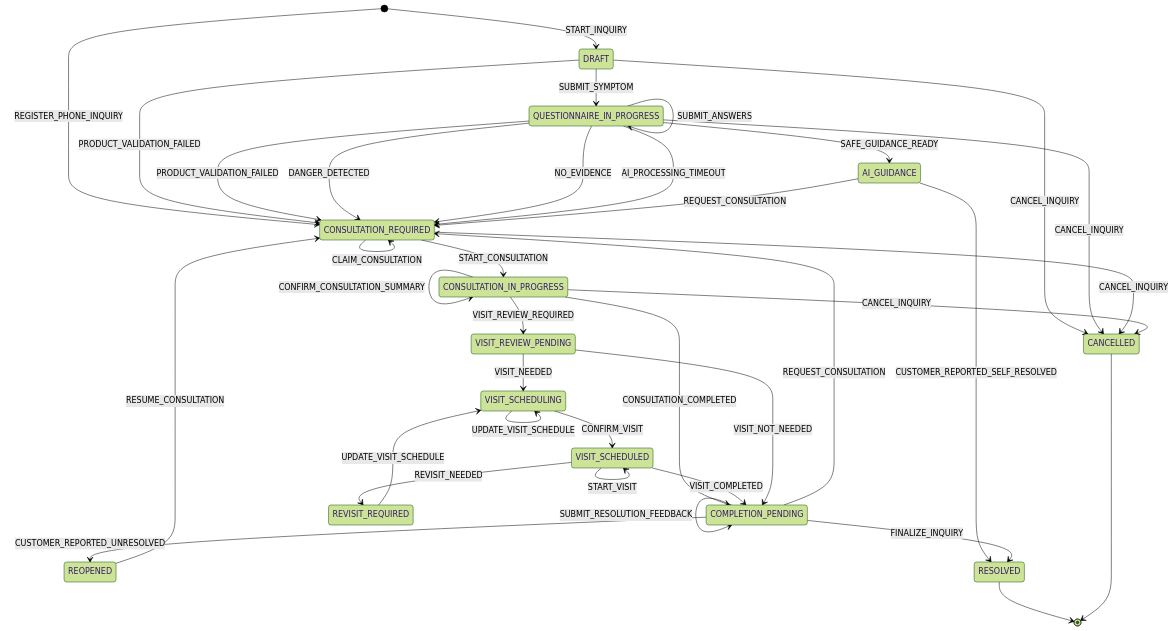
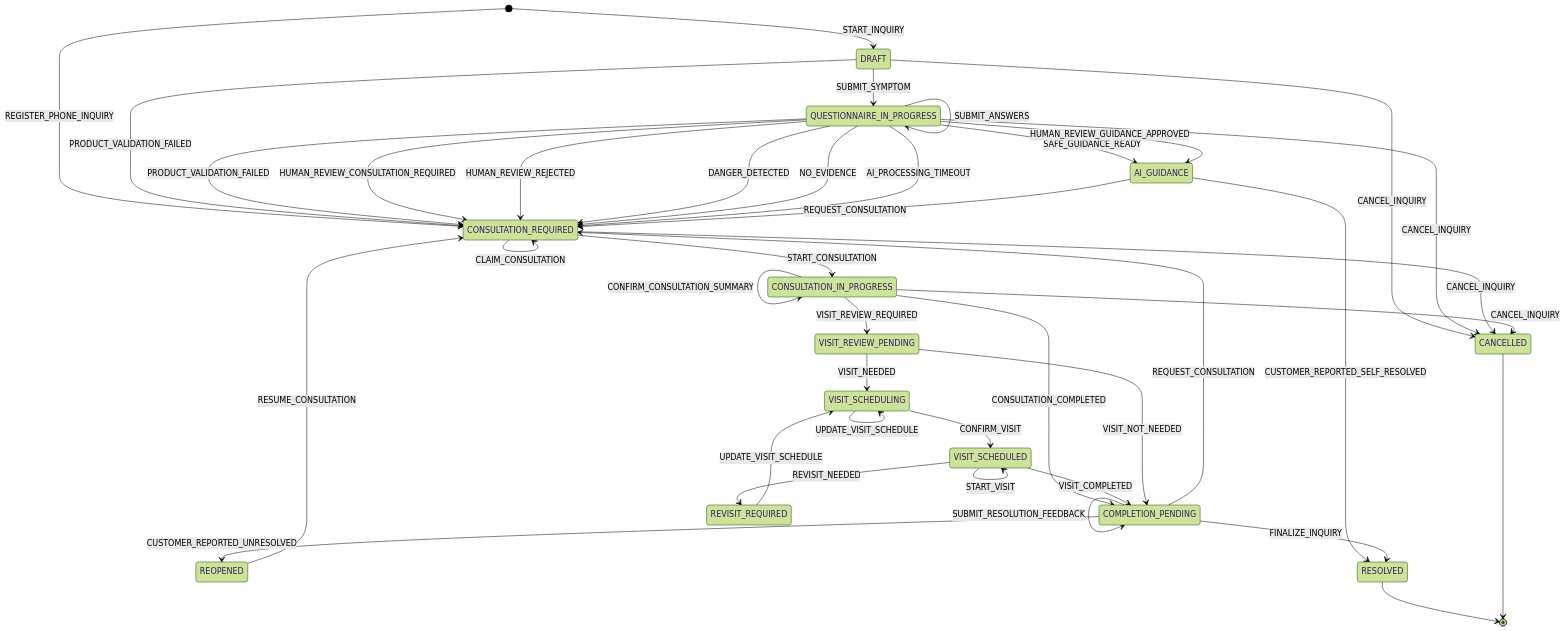
One commit to SKNETWORKS-FAMILY-AICAMP/SKN29-FINAL-4TEAM changed the diagram in contracts/state-machine/diagrams/inquiry-state-machine.mmd. Above: the diagram before and after it, drawn with Mermaid (forest theme). The commit also changed 1 other file, not shown here.

Commit message:
2026-08-31 | Backend CI shard와 상태계약 Mermaid 정합화

```diff
--- a/contracts/state-machine/diagrams/inquiry-state-machine.mmd
+++ b/contracts/state-machine/diagrams/inquiry-state-machine.mmd
@@ -1,52 +1,55 @@
 %% AUTO-GENERATED FILE. DO NOT EDIT DIRECTLY.
 %% Generated by scripts/contracts/render_state_machine.py
 %% Command: python scripts/contracts/render_state_machine.py
 %% Sources: contracts/state-machine/inquiry-states.yaml, contracts/state-machine/inquiry-events.yaml, contracts/state-machine/transition-rules.yaml, contracts/state-machine/transition-guards.yaml
-%% Input SHA-256 (ordered source paths and bytes): 0f385c56cd837e962b9930acdb2a39c3746c1a84a521ca7ee9d29571ecf0a887
+%% Input SHA-256 (ordered source paths and bytes): fff48c52ed3b2f09126a0914f88b978ccb2d5677dda44a28c866d1c33d99f193
 %% Versions: states=1.0.0, events=1.0.0, transitions=1.0.0, guards=1.0.0
 stateDiagram-v2
     direction TB
 
     [*] --> DRAFT: START_INQUIRY
     [*] --> CONSULTATION_REQUIRED: REGISTER_PHONE_INQUIRY
 
     DRAFT --> QUESTIONNAIRE_IN_PROGRESS: SUBMIT_SYMPTOM
     QUESTIONNAIRE_IN_PROGRESS --> QUESTIONNAIRE_IN_PROGRESS: SUBMIT_ANSWERS
     DRAFT --> CANCELLED: CANCEL_INQUIRY
     QUESTIONNAIRE_IN_PROGRESS --> CANCELLED: CANCEL_INQUIRY
     DRAFT --> CONSULTATION_REQUIRED: PRODUCT_VALIDATION_FAILED
     QUESTIONNAIRE_IN_PROGRESS --> CONSULTATION_REQUIRED: PRODUCT_VALIDATION_FAILED
     QUESTIONNAIRE_IN_PROGRESS --> AI_GUIDANCE: SAFE_GUIDANCE_READY
+    QUESTIONNAIRE_IN_PROGRESS --> AI_GUIDANCE: HUMAN_REVIEW_GUIDANCE_APPROVED
+    QUESTIONNAIRE_IN_PROGRESS --> CONSULTATION_REQUIRED: HUMAN_REVIEW_CONSULTATION_REQUIRED
+    QUESTIONNAIRE_IN_PROGRESS --> CONSULTATION_REQUIRED: HUMAN_REVIEW_REJECTED
     QUESTIONNAIRE_IN_PROGRESS --> CONSULTATION_REQUIRED: DANGER_DETECTED
     QUESTIONNAIRE_IN_PROGRESS --> CONSULTATION_REQUIRED: NO_EVIDENCE
     QUESTIONNAIRE_IN_PROGRESS --> CONSULTATION_REQUIRED: AI_PROCESSING_TIMEOUT
     AI_GUIDANCE --> RESOLVED: CUSTOMER_REPORTED_SELF_RESOLVED
     AI_GUIDANCE --> CONSULTATION_REQUIRED: REQUEST_CONSULTATION
     CONSULTATION_REQUIRED --> CONSULTATION_REQUIRED: REQUEST_CONSULTATION
     CONSULTATION_REQUIRED --> CONSULTATION_IN_PROGRESS: START_CONSULTATION
     CONSULTATION_IN_PROGRESS --> CONSULTATION_IN_PROGRESS: UPDATE_CONSULTATION_SUMMARY
     CONSULTATION_IN_PROGRESS --> CONSULTATION_IN_PROGRESS: CONFIRM_CONSULTATION_SUMMARY
     CONSULTATION_IN_PROGRESS --> COMPLETION_PENDING: CONSULTATION_COMPLETED
     CONSULTATION_IN_PROGRESS --> VISIT_REVIEW_PENDING: VISIT_REVIEW_REQUIRED
     VISIT_REVIEW_PENDING --> VISIT_SCHEDULING: VISIT_NEEDED
     VISIT_SCHEDULING --> VISIT_SCHEDULING: UPDATE_VISIT_SCHEDULE
     VISIT_SCHEDULING --> VISIT_SCHEDULING: UPDATE_VISIT_SCHEDULE
     VISIT_SCHEDULING --> VISIT_SCHEDULED: CONFIRM_VISIT
     VISIT_SCHEDULED --> VISIT_SCHEDULED: UPDATE_PREVISIT_REPORT
     VISIT_SCHEDULED --> VISIT_SCHEDULED: CONFIRM_PREVISIT_REPORT
     VISIT_SCHEDULED --> VISIT_SCHEDULED: START_VISIT
     VISIT_SCHEDULED --> COMPLETION_PENDING: VISIT_COMPLETED
     VISIT_SCHEDULED --> REVISIT_REQUIRED: REVISIT_NEEDED
     REVISIT_REQUIRED --> VISIT_SCHEDULING: UPDATE_VISIT_SCHEDULE
     COMPLETION_PENDING --> COMPLETION_PENDING: SUBMIT_RESOLUTION_FEEDBACK
     COMPLETION_PENDING --> REOPENED: CUSTOMER_REPORTED_UNRESOLVED
     COMPLETION_PENDING --> CONSULTATION_REQUIRED: REQUEST_CONSULTATION
     REOPENED --> CONSULTATION_REQUIRED: RESUME_CONSULTATION
     COMPLETION_PENDING --> RESOLVED: FINALIZE_INQUIRY
     VISIT_REVIEW_PENDING --> COMPLETION_PENDING: VISIT_NOT_NEEDED
     CONSULTATION_REQUIRED --> CONSULTATION_REQUIRED: CLAIM_CONSULTATION
     CONSULTATION_REQUIRED --> CANCELLED: CANCEL_INQUIRY
     CONSULTATION_IN_PROGRESS --> CANCELLED: CANCEL_INQUIRY
 
     RESOLVED --> [*]
     CANCELLED --> [*]
```
